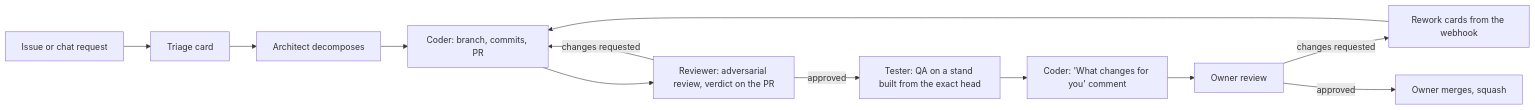
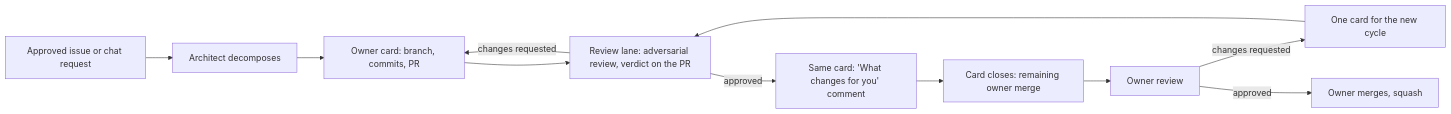
One commit to a-simeshin/hermes-dark-factory changed the diagram in docs/owner-journey.md. Above: the diagram before and after it, drawn with Mermaid. The commit also changed other lines of this file and 9 other files, not shown here.

````diff
--- a/docs/owner-journey.md
+++ b/docs/owner-journey.md
@@ -38,14 +40,13 @@
 ```mermaid
 flowchart LR
-  I[Issue or chat request] --> T[Triage card]
-  T --> D[Architect decomposes]
-  D --> C[Coder: branch, commits, PR]
-  C --> R[Reviewer: adversarial review, verdict on the PR]
+  I[Approved issue or chat request] --> D[Architect decomposes]
+  D --> C[Owner card: branch, commits, PR]
+  C --> R[Review lane: adversarial review, verdict on the PR]
   R -- changes requested --> C
-  R -- approved --> Q[Tester: QA on a stand built from the exact head]
-  Q --> W[Coder: 'What changes for you' comment]
-  W --> O[Owner review]
-  O -- changes requested --> RW[Rework cards from the webhook]
-  RW --> C
+  R -- approved --> W[Same card: 'What changes for you' comment]
+  W --> K[Card closes: remaining owner merge]
+  K --> O[Owner review]
+  O -- changes requested --> RW[One card for the new cycle]
+  RW --> R
   O -- approved --> M[Owner merges, squash]
 ```
````
